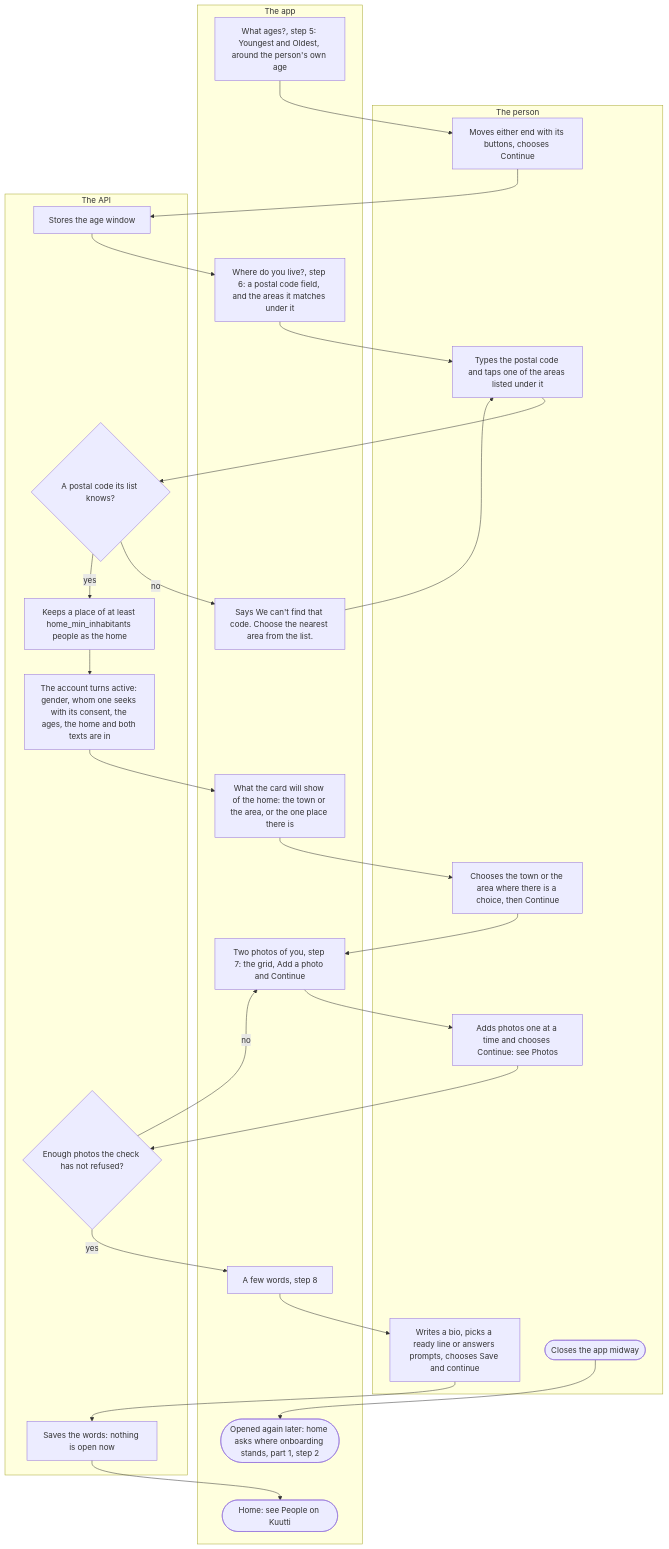
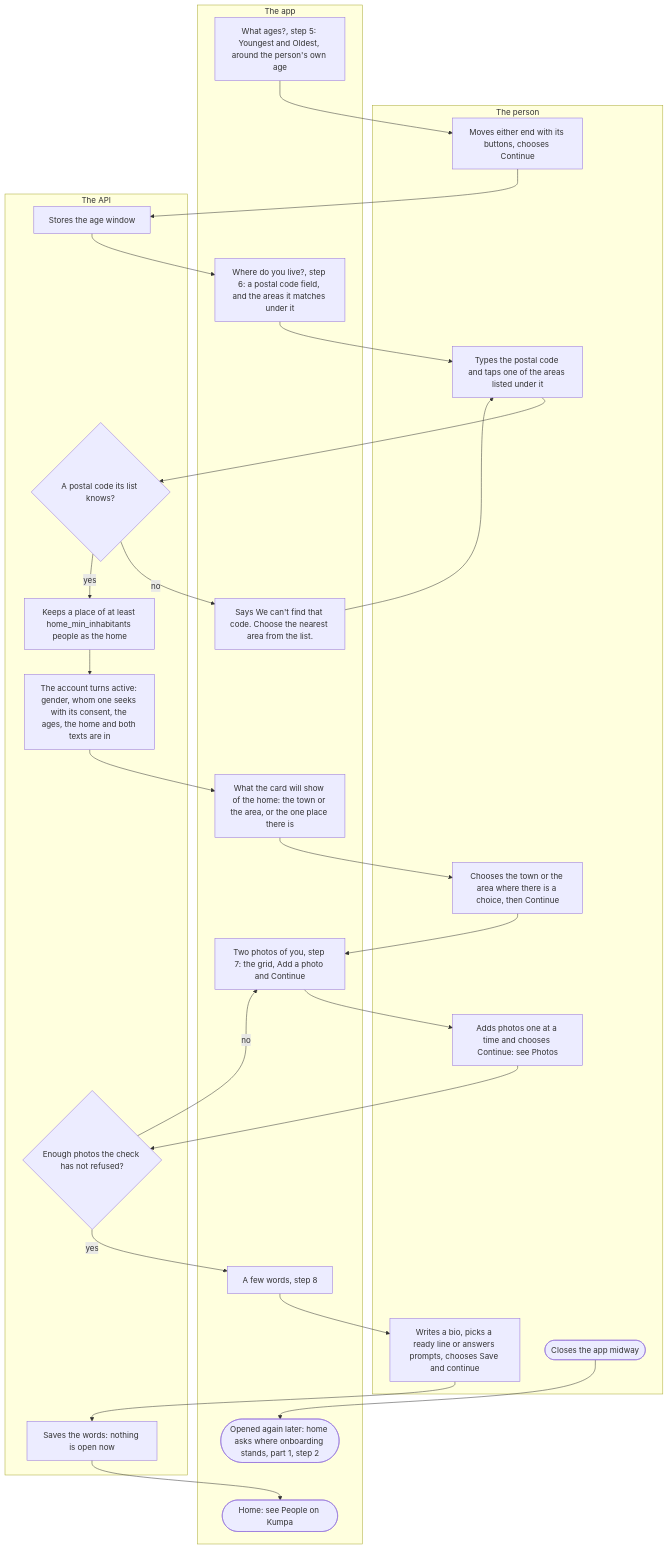
One commit to kuutti-ry/kumpa-app changed the third of 3 diagrams in docs/flows/onboarding.md. Above: the diagram before and after it, drawn with Mermaid. The commit also changed other lines of this file and 106 other files, not shown here.

````diff
--- a/docs/flows/onboarding.md
+++ b/docs/flows/onboarding.md
@@ -178,51 +178,51 @@
 ```mermaid
 flowchart TB
   accTitle: Onboarding, part 3: the ages, the home, photos and a few words
   accDescr: Steps 5 to 8. The person sets the age window with buttons, types their home postal code and taps its area, chooses what their card shows of the home, adds photos on the step itself and writes a few words. The account turns active once the home is in. Onboarding ends at home when nothing is open. A person who leaves midway comes back where they stopped.
   subgraph person["The person"]
     s39["Moves either end with its buttons, chooses Continue"]
     s42["Types the postal code and taps one of the areas listed under it"]
     s48["Chooses the town or the area where there is a choice, then Continue"]
     s50["Adds photos one at a time and chooses Continue: see Photos"]
     s53["Writes a bio, picks a ready line or answers prompts, chooses Save and continue"]
     s56(["Closes the app midway"])
   end
   subgraph app["The app"]
     s38["What ages?, step 5: Youngest and Oldest, around the person's own age"]
     s41["Where do you live?, step 6: a postal code field, and the areas it matches under it"]
     s44["Says We can't find that code. Choose the nearest area from the list."]
     s47["What the card will show of the home: the town or the area, or the one place there is"]
     s49["Two photos of you, step 7: the grid, Add a photo and Continue"]
     s52["A few words, step 8"]
-    s55(["Home: see People on Kuutti"])
+    s55(["Home: see People on Kumpa"])
     s57(["Opened again later: home asks where onboarding stands, part 1, step 2"])
   end
   subgraph api["The API"]
     s40["Stores the age window"]
     s43{"A postal code its list knows?"}
     s45["Keeps a place of at least home_min_inhabitants people as the home"]
     s46["The account turns active: gender, whom one seeks with its consent, the ages, the home and both texts are in"]
     s51{"Enough photos the check has not refused?"}
     s54["Saves the words: nothing is open now"]
   end
   s38 --> s39
   s39 --> s40
   s40 --> s41
   s41 --> s42
   s42 --> s43
   s43 -->|"no"| s44
   s44 --> s42
   s43 -->|"yes"| s45
   s45 --> s46
   s46 --> s47
   s47 --> s48
   s48 --> s49
   s49 --> s50
   s50 --> s51
   s51 -->|"no"| s49
   s51 -->|"yes"| s52
   s52 --> s53
   s53 --> s54
   s54 --> s55
   s56 --> s57
 ```
````
